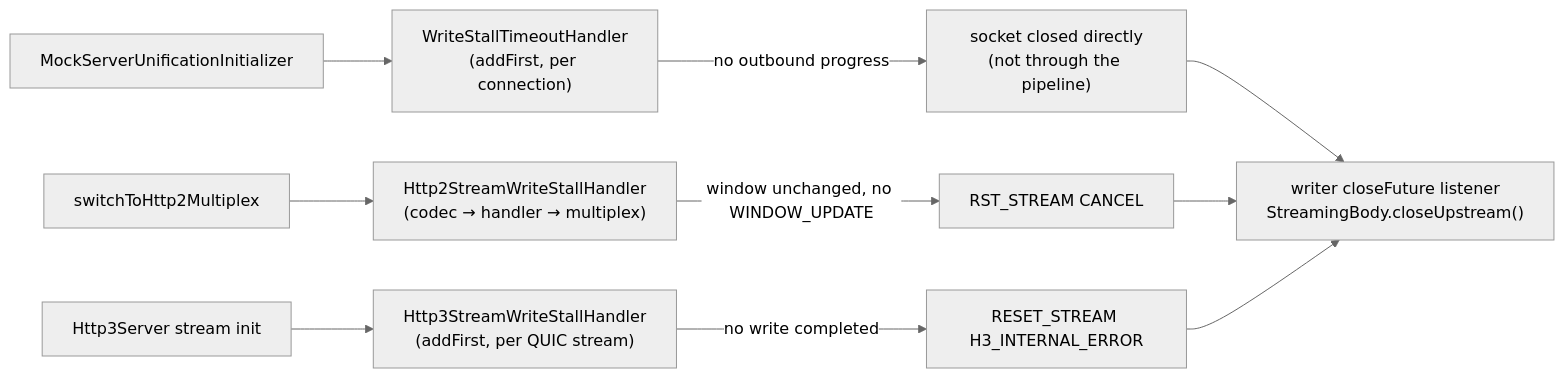
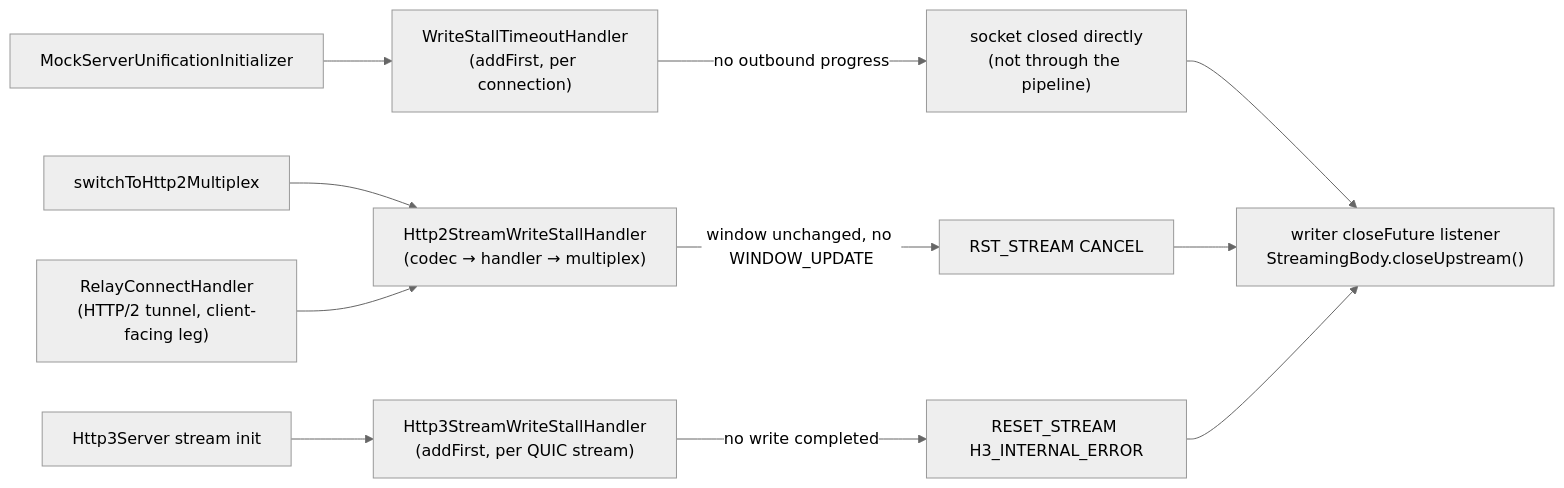
The fifth of 23 diagrams in docs/code/netty-pipeline.md (inspire12/mockserver), drawn with Mermaid (neutral theme) before and after one commit. The commit also changed other lines of this file and 10 other files, not shown here.

````diff
--- a/docs/code/netty-pipeline.md
+++ b/docs/code/netty-pipeline.md
@@ -271,12 +271,13 @@
 ```mermaid
 flowchart LR
     ACC["MockServerUnificationInitializer"] --> TCP["WriteStallTimeoutHandler\n(addFirst, per connection)"]
     H2["switchToHttp2Multiplex"] --> S2["Http2StreamWriteStallHandler\n(codec → handler → multiplex)"]
+    RL["RelayConnectHandler\n(HTTP/2 tunnel, client-facing leg)"] --> S2
     Q["Http3Server stream init"] --> S3["Http3StreamWriteStallHandler\n(addFirst, per QUIC stream)"]
     TCP -->|"no outbound progress"| CLOSE["socket closed directly\n(not through the pipeline)"]
     S2 -->|"window unchanged, no WINDOW_UPDATE"| RST2["RST_STREAM CANCEL"]
     S3 -->|"no write completed"| RST3["RESET_STREAM H3_INTERNAL_ERROR"]
     CLOSE --> UP["writer closeFuture listener\nStreamingBody.closeUpstream()"]
     RST2 --> UP
     RST3 --> UP
 ```
````
